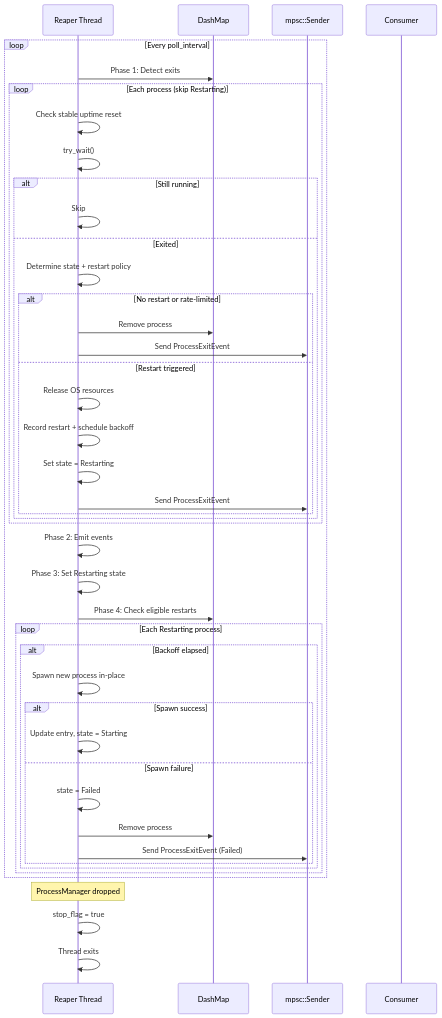
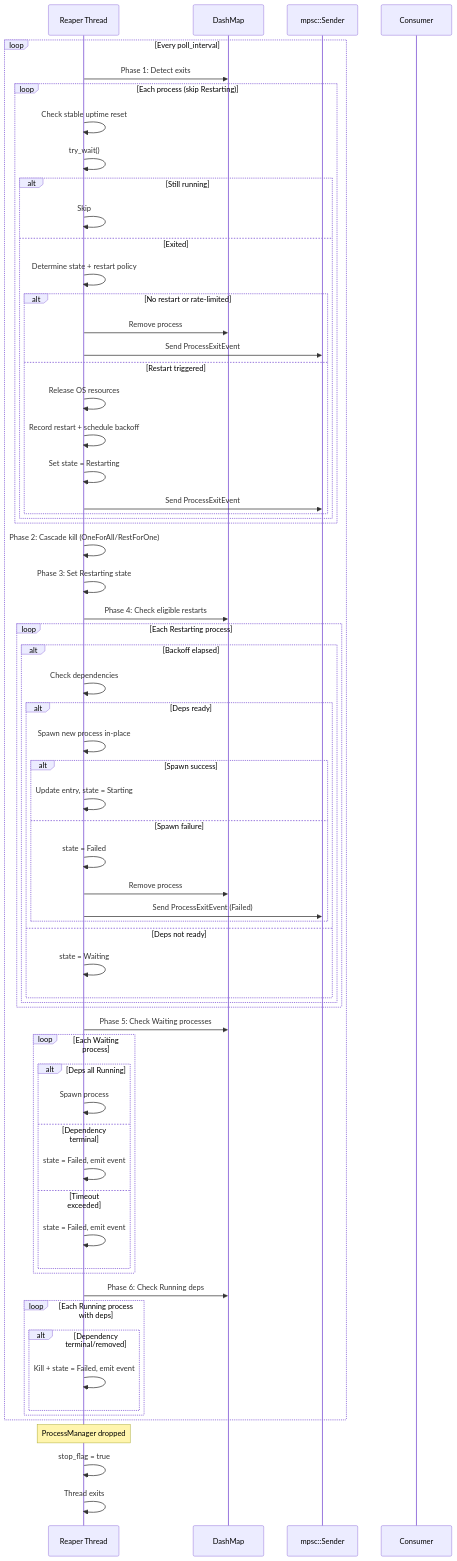
The diagram in book/src/process/reaper.md (smearor/process-manager), drawn with Mermaid before and after one commit. The commit also changed other lines of this file and 25 other files, not shown here.

First line of the commit message:
Implemented supervisor strategies and process dependencies

````diff
--- a/book/src/process/reaper.md
+++ b/book/src/process/reaper.md
@@ -18,48 +21,69 @@
 ```mermaid
 sequenceDiagram
     participant Reaper as Reaper Thread
     participant DashMap as DashMap
     participant Channel as mpsc::Sender
     participant Consumer as Consumer
 
     loop Every poll_interval
         Reaper->>DashMap: Phase 1: Detect exits
         loop Each process (skip Restarting)
             Reaper->>Reaper: Check stable uptime reset
             Reaper->>Reaper: try_wait()
             alt Still running
                 Reaper->>Reaper: Skip
             else Exited
                 Reaper->>Reaper: Determine state + restart policy
                 alt No restart or rate-limited
                     Reaper->>DashMap: Remove process
                     Reaper->>Channel: Send ProcessExitEvent
                 else Restart triggered
                     Reaper->>Reaper: Release OS resources
                     Reaper->>Reaper: Record restart + schedule backoff
                     Reaper->>Reaper: Set state = Restarting
                     Reaper->>Channel: Send ProcessExitEvent
                 end
             end
         end
-        Reaper->>Reaper: Phase 2: Emit events
+        Reaper->>Reaper: Phase 2: Cascade kill (OneForAll/RestForOne)
         Reaper->>Reaper: Phase 3: Set Restarting state
         Reaper->>DashMap: Phase 4: Check eligible restarts
         loop Each Restarting process
             alt Backoff elapsed
-                Reaper->>Reaper: Spawn new process in-place
-                alt Spawn success
-                    Reaper->>Reaper: Update entry, state = Starting
-                else Spawn failure
-                    Reaper->>Reaper: state = Failed
-                    Reaper->>DashMap: Remove process
-                    Reaper->>Channel: Send ProcessExitEvent (Failed)
+                Reaper->>Reaper: Check dependencies
+                alt Deps ready
+                    Reaper->>Reaper: Spawn new process in-place
+                    alt Spawn success
+                        Reaper->>Reaper: Update entry, state = Starting
+                    else Spawn failure
+                        Reaper->>Reaper: state = Failed
+                        Reaper->>DashMap: Remove process
+                        Reaper->>Channel: Send ProcessExitEvent (Failed)
+                    end
+                else Deps not ready
+                    Reaper->>Reaper: state = Waiting
                 end
+            end
+        end
+        Reaper->>DashMap: Phase 5: Check Waiting processes
+        loop Each Waiting process
+            alt Deps all Running
+                Reaper->>Reaper: Spawn process
+            else Dependency terminal
+                Reaper->>Reaper: state = Failed, emit event
+            else Timeout exceeded
+                Reaper->>Reaper: state = Failed, emit event
+            end
+        end
+        Reaper->>DashMap: Phase 6: Check Running deps
+        loop Each Running process with deps
+            alt Dependency terminal/removed
+                Reaper->>Reaper: Kill + state = Failed, emit event
             end
         end
     end
     
     Note over Reaper: ProcessManager dropped
     Reaper->>Reaper: stop_flag = true
     Reaper->>Reaper: Thread exits
 ```
````
